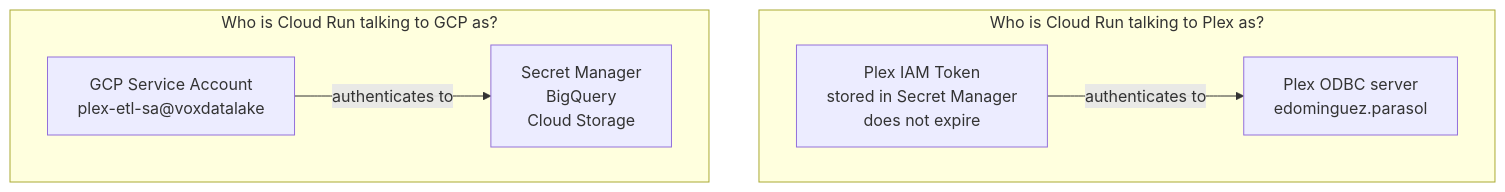
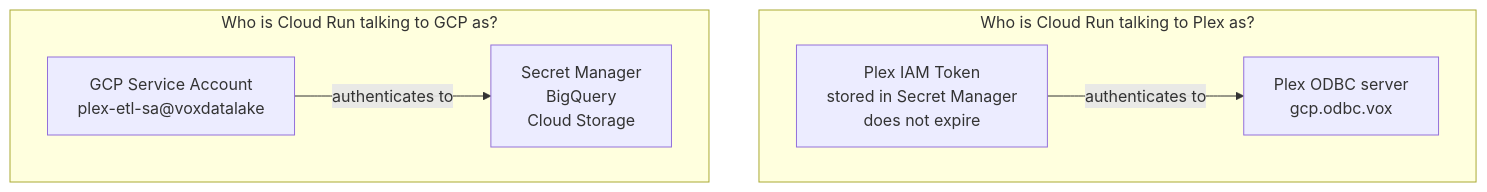
The fourth of 5 diagrams in docs/FRONTEND_GUIDE.md (Parasol-Group-Inc/plex-to-big-query), drawn with Mermaid before and after one commit. The commit also changed other lines of this file and 19 other files, not shown here.

First line of the commit message:
Every Plex credential is the company user gcp.odbc.vox

````diff
--- a/docs/FRONTEND_GUIDE.md
+++ b/docs/FRONTEND_GUIDE.md
@@ -246,10 +246,10 @@
 ```mermaid
 graph TD
     subgraph "Who is Cloud Run talking to Plex as?"
-        TOKEN["Plex IAM Token<br/>stored in Secret Manager<br/>does not expire"] -->|authenticates to| PLEX_AUTH["Plex ODBC server<br/>edominguez.parasol"]
+        TOKEN["Plex IAM Token<br/>stored in Secret Manager<br/>does not expire"] -->|authenticates to| PLEX_AUTH["Plex ODBC server<br/>gcp.odbc.vox"]
     end
 
     subgraph "Who is Cloud Run talking to GCP as?"
         SA["GCP Service Account<br/>plex-etl-sa@voxdatalake"] -->|authenticates to| GCP["Secret Manager<br/>BigQuery<br/>Cloud Storage"]
     end
 ```
````
